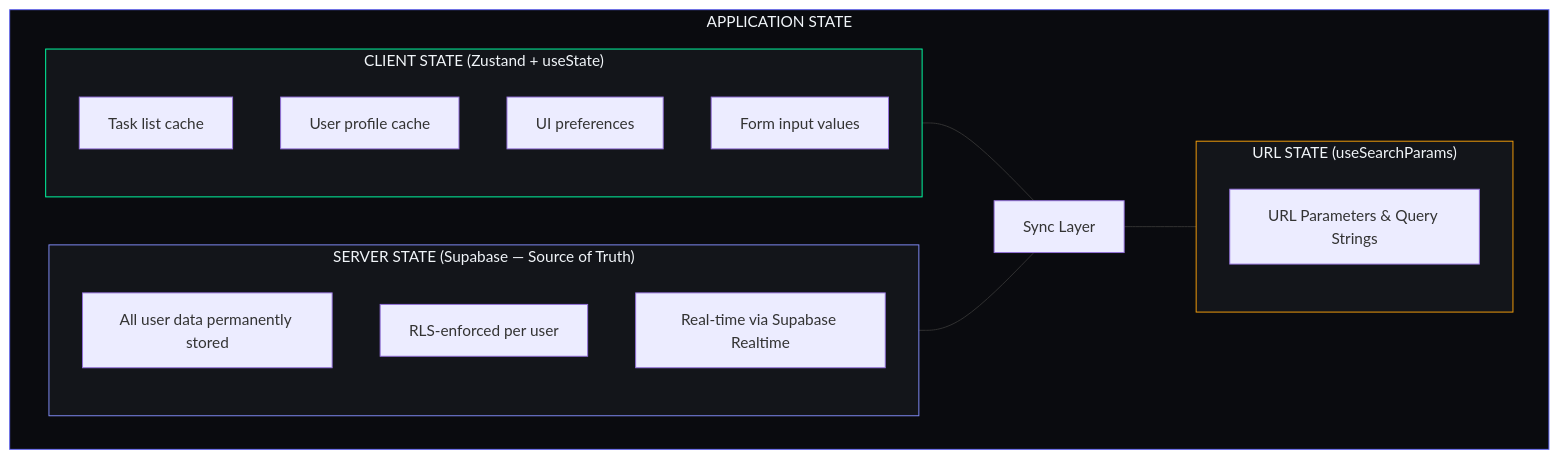
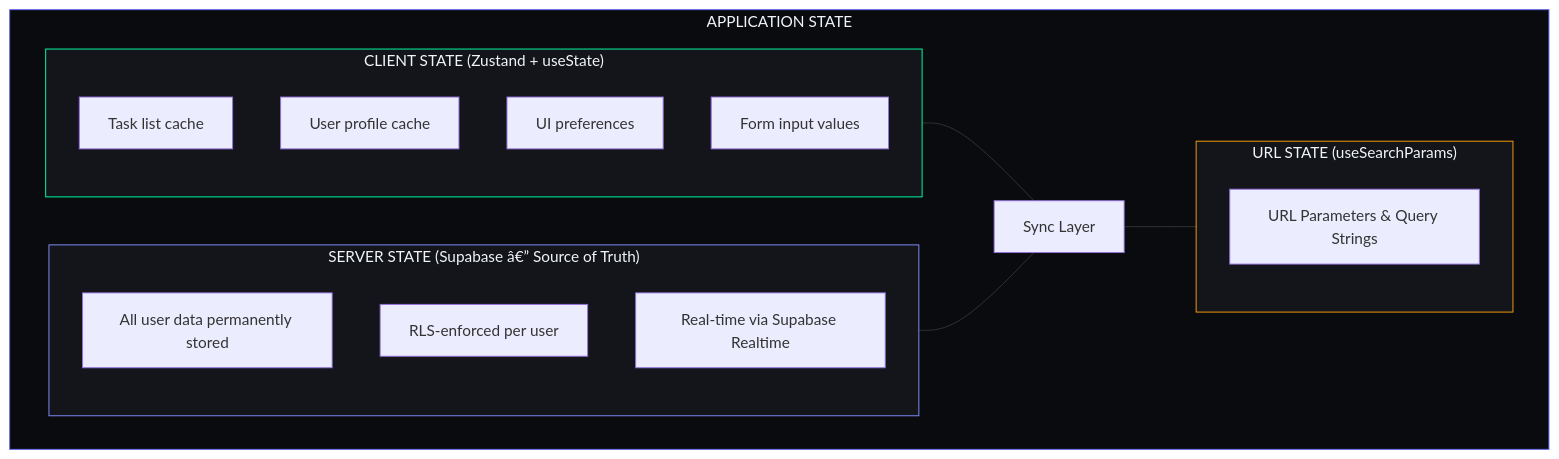
One commit to rohitkumarnaidu/ARIA-OS---SecondBrain- changed the first of 5 diagrams in docs/engineering/StateManagement.md. Above: the diagram before and after it, drawn with Mermaid. The commit also changed other lines of this file and 3 other files, not shown here.

````diff
--- a/docs/engineering/StateManagement.md
+++ b/docs/engineering/StateManagement.md
@@ -34,30 +43,30 @@
 ```mermaid
 graph TD
     subgraph APP["APPLICATION STATE"]
         subgraph CLIENT["CLIENT STATE (Zustand + useState)"]
             TS[Task list cache]
             US[User profile cache]
             UI[UI preferences]
             FORM[Form input values]
         end
 
-        subgraph SERVER["SERVER STATE (Supabase — Source of Truth)"]
+        subgraph SERVER["SERVER STATE (Supabase â€” Source of Truth)"]
             DATA[All user data permanently stored]
             RLS[RLS-enforced per user]
             RT[Real-time via Supabase Realtime]
         end
 
         subgraph URL["URL STATE (useSearchParams)"]
             PARAMS[URL Parameters & Query Strings]
         end
 
         CLIENT --- SYNC[Sync Layer]
         SERVER --- SYNC
         SYNC --- URL
     end
 
     style APP fill:#0A0B0F,stroke:#6366F1,color:#F1F5F9
     style CLIENT fill:#13151A,stroke:#00FFA3,color:#F1F5F9
     style SERVER fill:#13151A,stroke:#818CF8,color:#F1F5F9
     style URL fill:#13151A,stroke:#F59E0B,color:#F1F5F9
 ```
````
